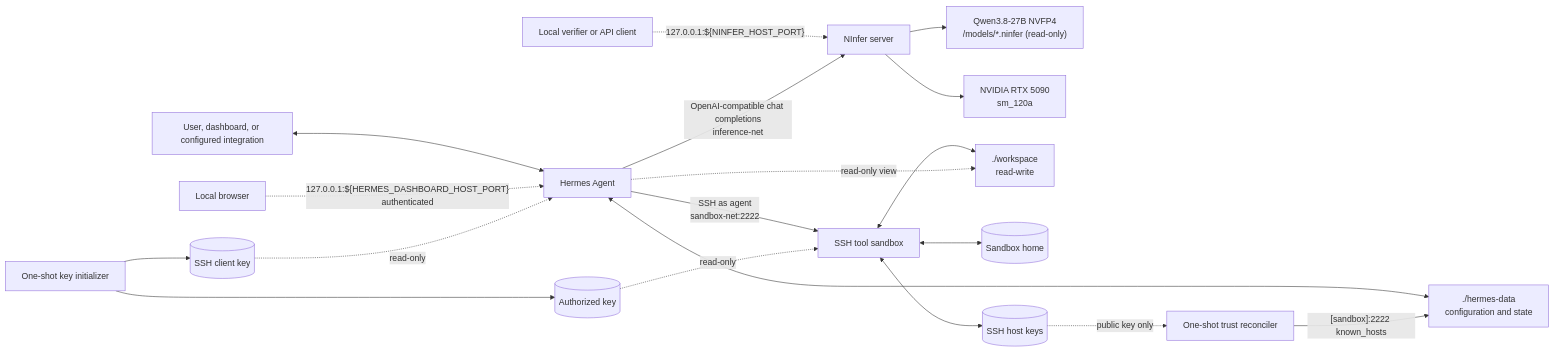
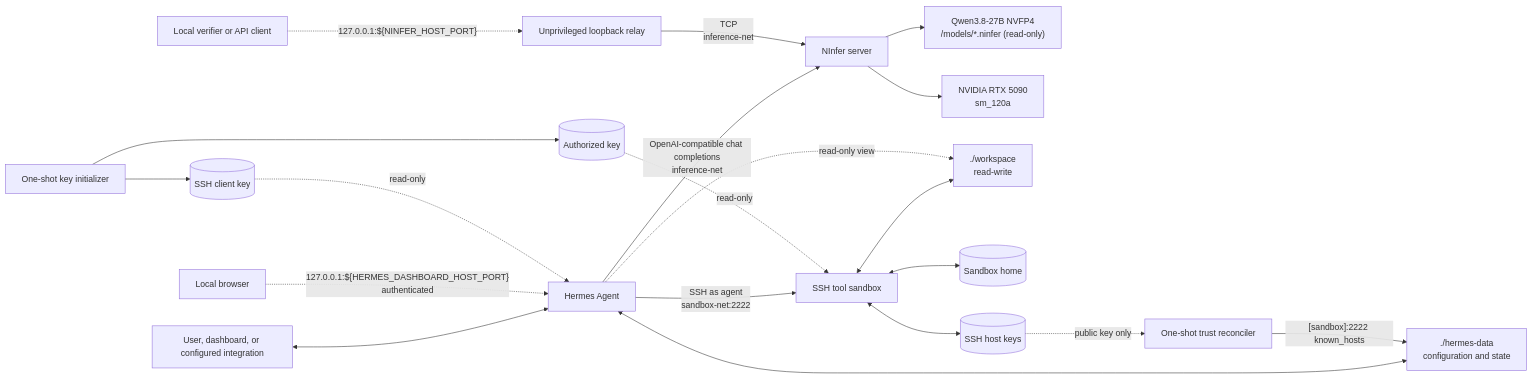
Before and after one commit to joelfourhman/hermes_ninfer_stack: the diagram in docs/architecture.md, drawn with Mermaid. The commit also changed other lines of this file and 16 other files, not shown here.

````diff
--- a/docs/architecture.md
+++ b/docs/architecture.md
@@ -14,24 +14,25 @@
 ```mermaid
 flowchart LR
     User[User, dashboard, or configured integration] <--> Hermes[Hermes Agent]
-    Host[Local verifier or API client] -. "127.0.0.1:${NINFER_HOST_PORT}" .-> NInfer
+    Host[Local verifier or API client] -. "127.0.0.1:${NINFER_HOST_PORT}" .-> Relay[Unprivileged loopback relay]
     Browser[Local browser] -. "127.0.0.1:${HERMES_DASHBOARD_HOST_PORT}\nauthenticated" .-> Hermes
 
     Hermes -- "OpenAI-compatible chat completions\ninference-net" --> NInfer[NInfer server]
+    Relay -- "TCP\ninference-net" --> NInfer
     NInfer --> Artifact["Qwen3.8-27B NVFP4\n/models/*.ninfer (read-only)"]
     NInfer --> GPU["NVIDIA RTX 5090\nsm_120a"]
 
     Hermes -- "SSH as agent\nsandbox-net:2222" --> Sandbox[SSH tool sandbox]
     Sandbox <--> Workspace["./workspace\nread-write"]
     Hermes -. "read-only view" .-> Workspace
 
     Hermes <--> State["./hermes-data\nconfiguration and state"]
     Keygen[One-shot key initializer] --> ClientKey[(SSH client key)]
     Keygen --> AuthorizedKey[(Authorized key)]
     ClientKey -. "read-only" .-> Hermes
     AuthorizedKey -. "read-only" .-> Sandbox
     Sandbox <--> SandboxHome[(Sandbox home)]
     Sandbox <--> HostKeys[(SSH host keys)]
     HostKeys -. "public key only" .-> Trust[One-shot trust reconciler]
     Trust -->|"[sandbox]:2222 known_hosts"| State
 ```
````
